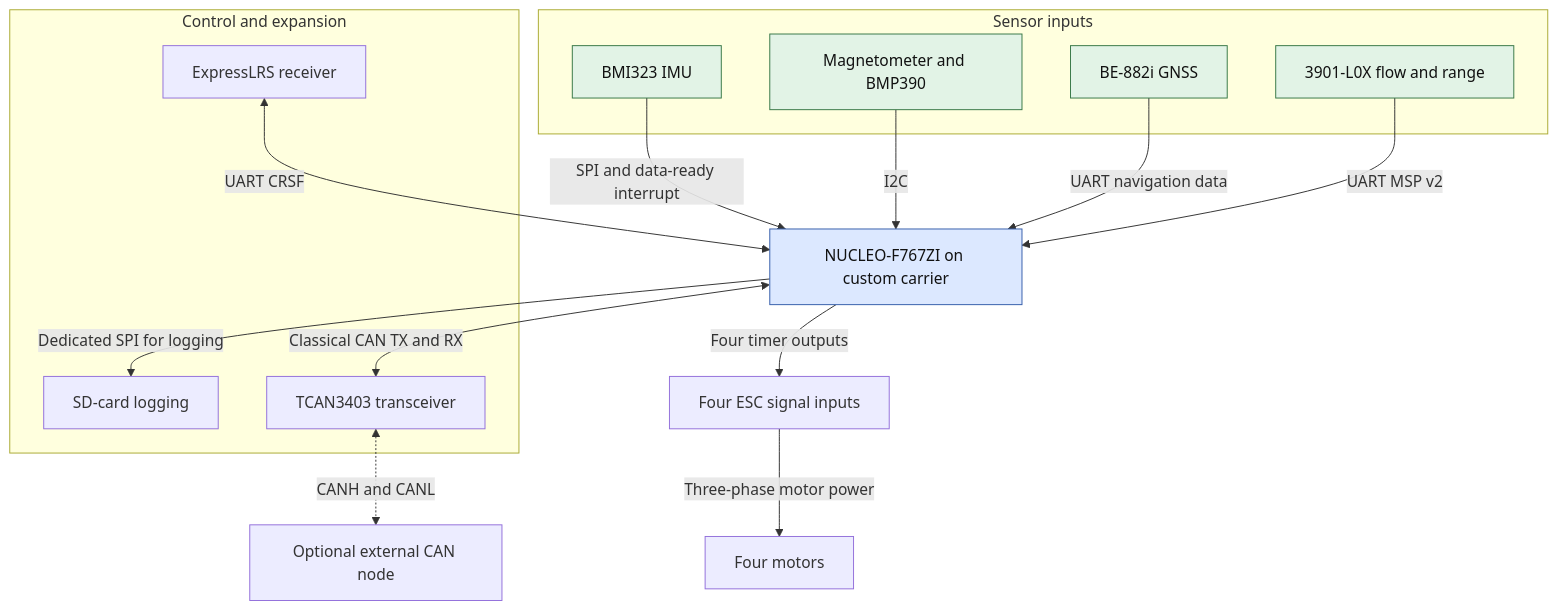
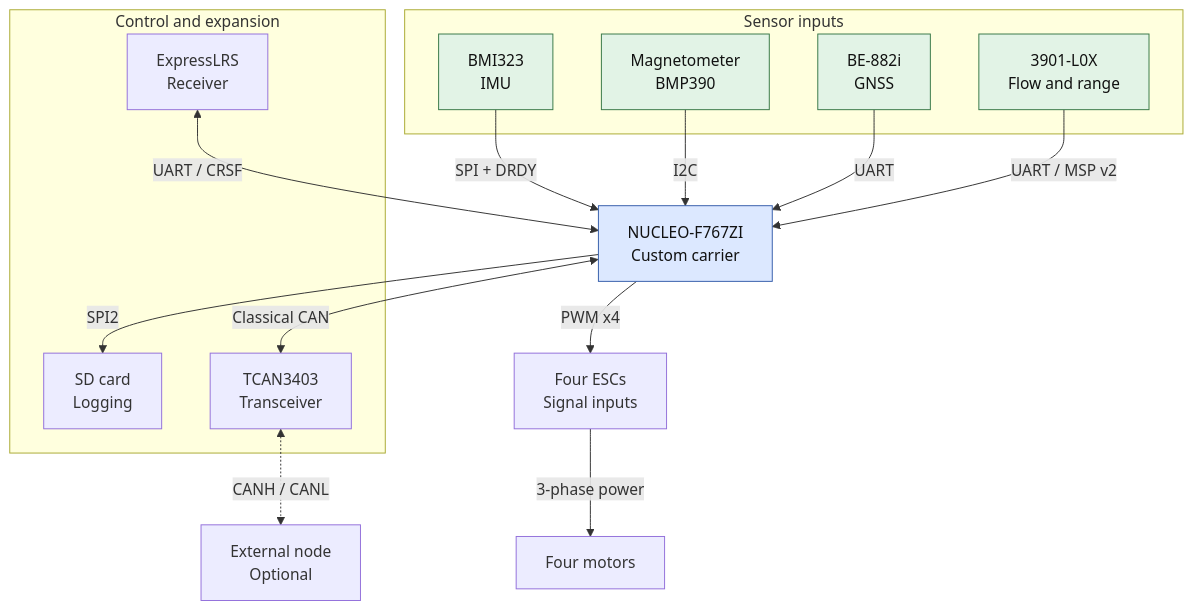
Before and after one commit to mohanan02/MiBeesFly: the first of 2 diagrams in README.md, drawn with Mermaid.

````diff
--- a/README.md
+++ b/README.md
@@ -121,37 +121,50 @@
 ```mermaid
 flowchart TB
     subgraph SENSORS["Sensor inputs"]
-        IMU["BMI323 IMU"]
-        SLOW["Magnetometer and BMP390"]
-        GNSS["BE-882i GNSS"]
-        FLOW["3901-L0X flow and range"]
+        IMU["`BMI323
+IMU`"]
+        SLOW["`Magnetometer
+BMP390`"]
+        GNSS["`BE-882i
+GNSS`"]
+        FLOW["`3901-L0X
+Flow and range`"]
     end
 
-    MCU["NUCLEO-F767ZI on custom carrier"]
+    MCU["`NUCLEO-F767ZI
+Custom carrier`"]
 
     subgraph IO["Control and expansion"]
-        RX["ExpressLRS receiver"]
-        SD["SD-card logging"]
-        CAN["TCAN3403 transceiver"]
+        RX["`ExpressLRS
+Receiver`"]
+        SD["`SD card
+Logging`"]
+        CAN["`TCAN3403
+Transceiver`"]
     end
 
-    ESC["Four ESC signal inputs"]
+    ESC["`Four ESCs
+Signal inputs`"]
     MOTORS["Four motors"]
-    NODE["Optional external CAN node"]
+    NODE["`External node
+Optional`"]
 
-    IMU -->|"SPI and data-ready interrupt"| MCU
+    IMU -->|"SPI + DRDY"| MCU
     SLOW -->|"I2C"| MCU
-    GNSS -->|"UART navigation data"| MCU
-    FLOW -->|"UART MSP v2"| MCU
-    RX <-->|"UART CRSF"| MCU
-    MCU -->|"Dedicated SPI for logging"| SD
-    MCU <-->|"Classical CAN TX and RX"| CAN
-    CAN <-.->|"CANH and CANL"| NODE
-    MCU -->|"Four timer outputs"| ESC
-    ESC -->|"Three-phase motor power"| MOTORS
+    GNSS -->|"UART"| MCU
+    FLOW -->|"UART / MSP v2"| MCU
+
+    RX <-->|"UART / CRSF"| MCU
+    MCU -->|"SPI2"| SD
+    MCU <-->|"Classical CAN"| CAN
+    CAN <-.->|"CANH / CANL"| NODE
+
+    MCU -->|"PWM x4"| ESC
+    ESC -->|"3-phase power"| MOTORS
 
     classDef compute fill:#dce8ff,stroke:#365eab,color:#111
     classDef sensors fill:#e2f3e6,stroke:#387847,color:#111
+
     class MCU compute
     class IMU,SLOW,GNSS,FLOW sensors
 ```
````
